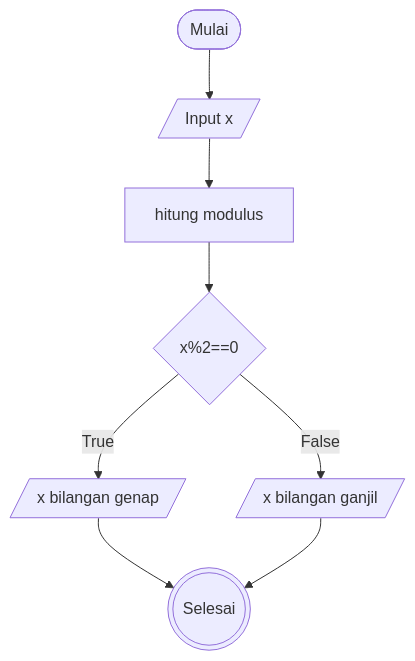
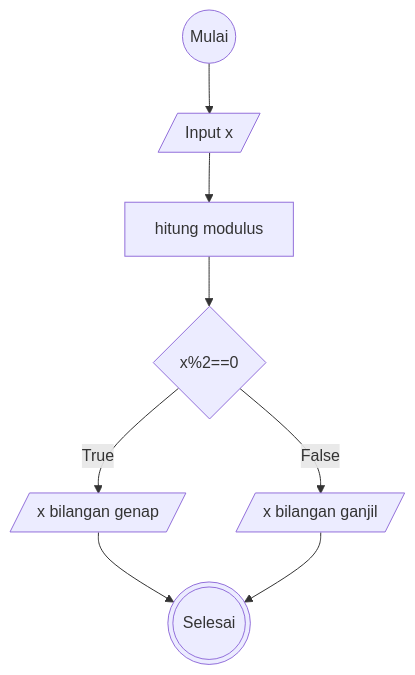
Before and after one commit to mslthn/koda-b6-algoritma: the diagram in flowchart-ganjil-genap.md, drawn with Mermaid.

````diff
--- a/flowchart-ganjil-genap.md
+++ b/flowchart-ganjil-genap.md
@@ -1,14 +1,14 @@
 ```mermaid
 flowchart TD
-    mulai@{ shape: stadium, label: "Mulai"}
+    mulai@{ shape: circ, label: "Mulai"}
     input@{ shape: lean-r, label: "Input x"}
     proses@{ shape: rect, label: "hitung modulus"}
     ifG@{ shape: diamond, label: "x%2==0"}
     ganjil@{ shape: lean-r, label: "x bilangan ganjil"}
     genap@{ shape: lean-r, label: "x bilangan genap"}
     selesai@{ shape: dbl-circ, label: "Selesai"}
 
 mulai-->input-->proses-->ifG
 ifG-->|True| genap-->selesai
 ifG-->|False| ganjil-->selesai
 ```
````
